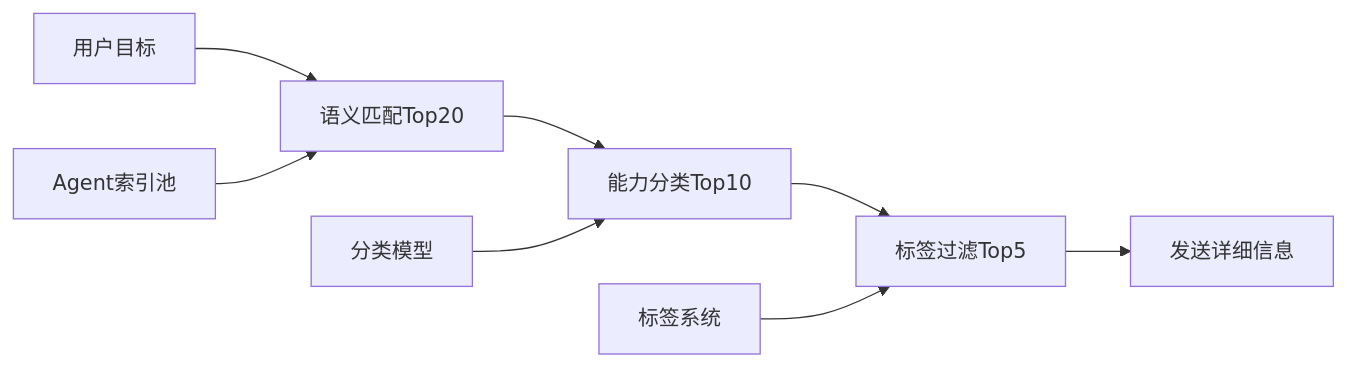
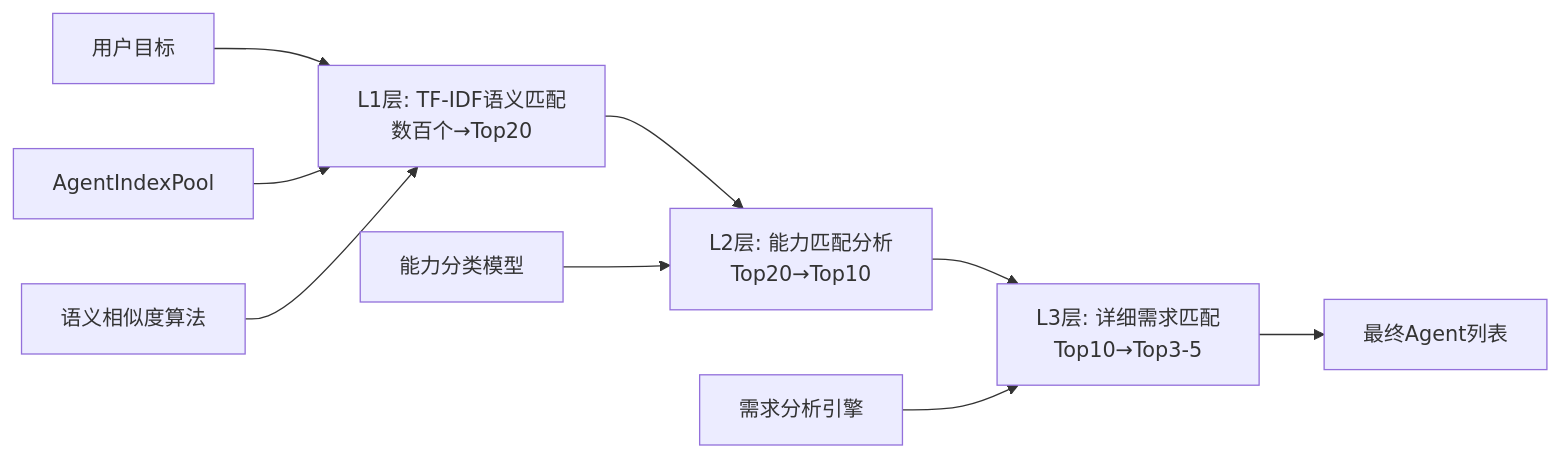
Before and after one commit to aevatarAI/aevatar-gagents: the second of 5 diagrams in agent-workflow-optimization-guide.md, drawn with Mermaid. The commit also changed other lines of this file, not shown here.

First line of the commit message:
docs: Optimize Agent workflow orchestration documentation - Simplify to one-time loading mechanism

````diff
--- a/agent-workflow-optimization-guide.md
+++ b/agent-workflow-optimization-guide.md
@@ -48,11 +58,12 @@
 ```mermaid
 graph LR
-    A[用户目标] --> B[语义匹配Top20]
-    B --> C[能力分类Top10]
-    C --> D[标签过滤Top5]
-    D --> E[发送详细信息]
+    A[用户目标] --> B[L1层: TF-IDF语义匹配<br/>数百个→Top20]
+    B --> C[L2层: 能力匹配分析<br/>Top20→Top10]
+    C --> D[L3层: 详细需求匹配<br/>Top10→Top3-5]
+    D --> E[最终Agent列表]
     
-    F[Agent索引池] --> B
-    G[分类模型] --> C
-    H[标签系统] --> D
+    F[AgentIndexPool] --> B
+    G[语义相似度算法] --> B
+    H[能力分类模型] --> C
+    I[需求分析引擎] --> D
 ```
````
